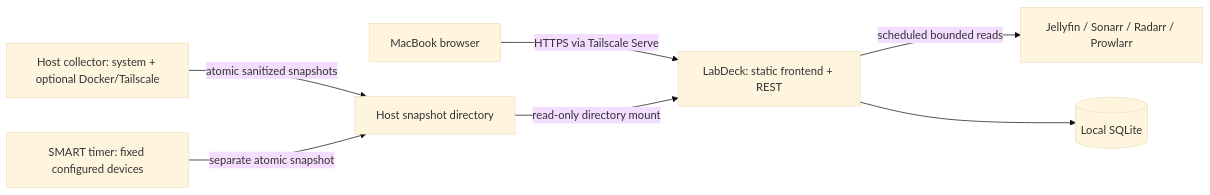
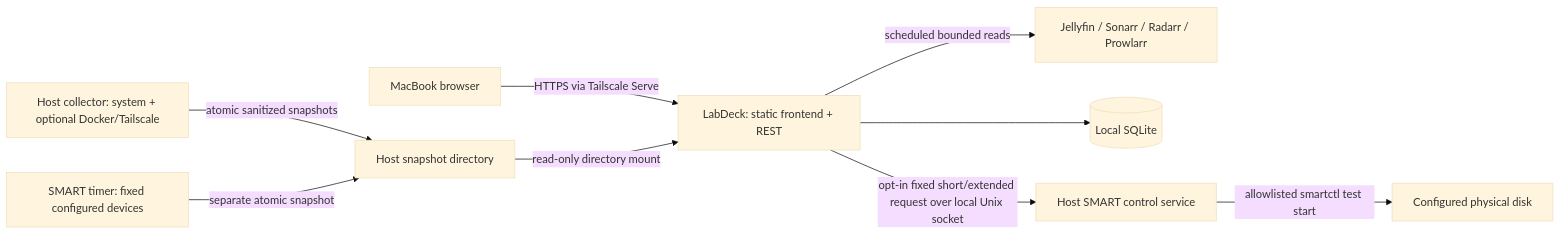
Before and after one commit to Darrrrl/LabDeck: the diagram in ARCHITECTURE.md, drawn with Mermaid (base theme). The commit also changed other lines of this file and 82 other files, not shown here.

````diff
--- a/ARCHITECTURE.md
+++ b/ARCHITECTURE.md
@@ -9,9 +9,11 @@
 ```mermaid
 flowchart LR
     B[MacBook browser] -->|HTTPS via Tailscale Serve| A[LabDeck: static frontend + REST]
     A -->|scheduled bounded reads| S[Jellyfin / Sonarr / Radarr / Prowlarr]
     A --> D[(Local SQLite)]
     H[Host collector: system + optional Docker/Tailscale] -->|atomic sanitized snapshots| F[Host snapshot directory]
     Q[SMART timer: fixed configured devices] -->|separate atomic snapshot| F
+    A -->|opt-in fixed short/extended request over local Unix socket| C[Host SMART control service]
+    C -->|allowlisted smartctl test start| X[Configured physical disk]
     F -->|read-only directory mount| A
 ```
````
